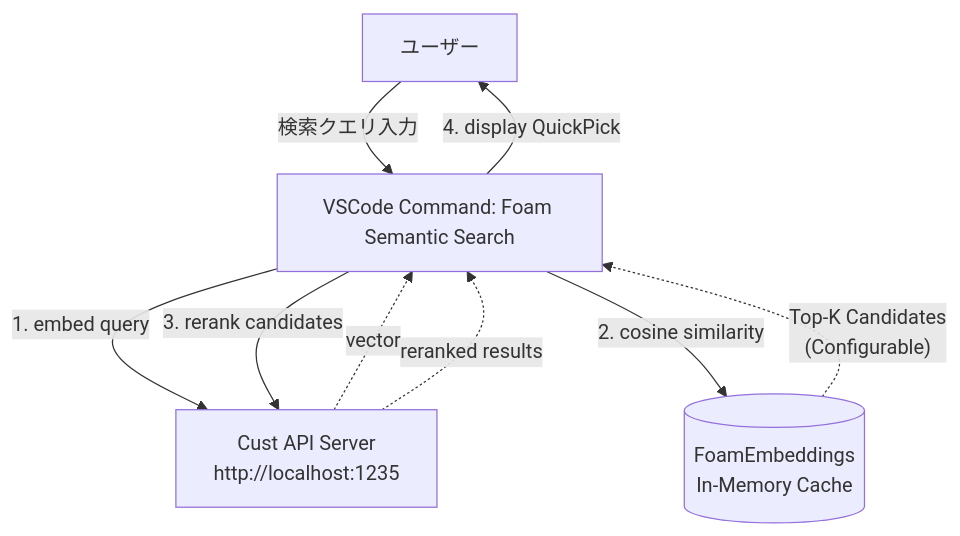
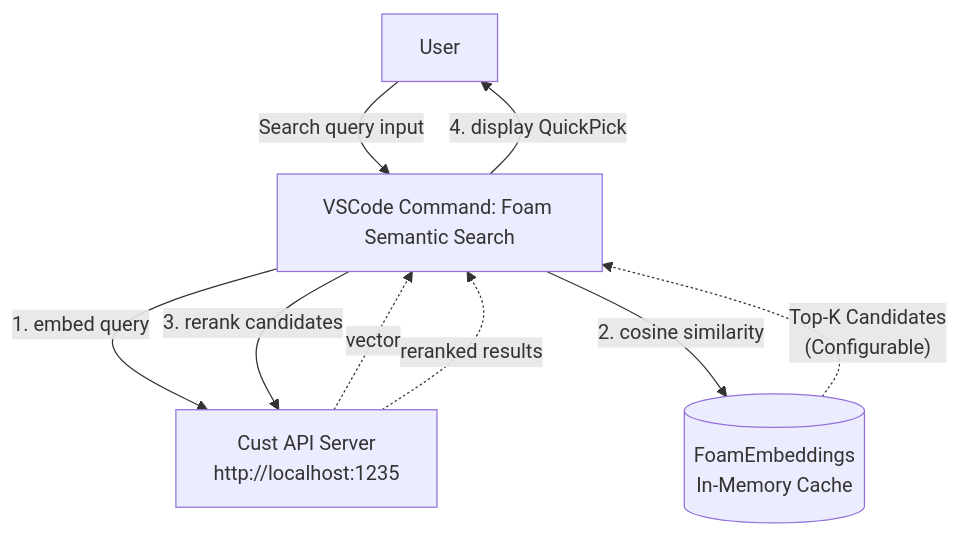
The diagram in Foam_Cust_Integration_Design.md (norizou/foam), drawn with Mermaid before and after one commit. The commit also changed other lines of this file and 2 other files, not shown here.

````diff
--- a/Foam_Cust_Integration_Design.md
+++ b/Foam_Cust_Integration_Design.md
@@ -11,11 +12,11 @@
 ```mermaid
 graph TD
-    User["ユーザー"] -->|"検索クエリ入力"| Cmd["VSCode Command: Foam Semantic Search"]
+    User["User"] -->|"Search query input"| Cmd["VSCode Command: Foam Semantic Search"]
     Cmd -->|"1. embed query"| Cust["Cust API Server<br/>http://localhost:1235"]
     Cust -.->|"vector"| Cmd
     Cmd -->|"2. cosine similarity"| Cache[("FoamEmbeddings<br/>In-Memory Cache")]
     Cache -.->|"Top-K Candidates<br/>(Configurable)"| Cmd
     Cmd -->|"3. rerank candidates"| Cust
     Cust -.->|"reranked results"| Cmd
     Cmd -->|"4. display QuickPick"| User
 ```
````
